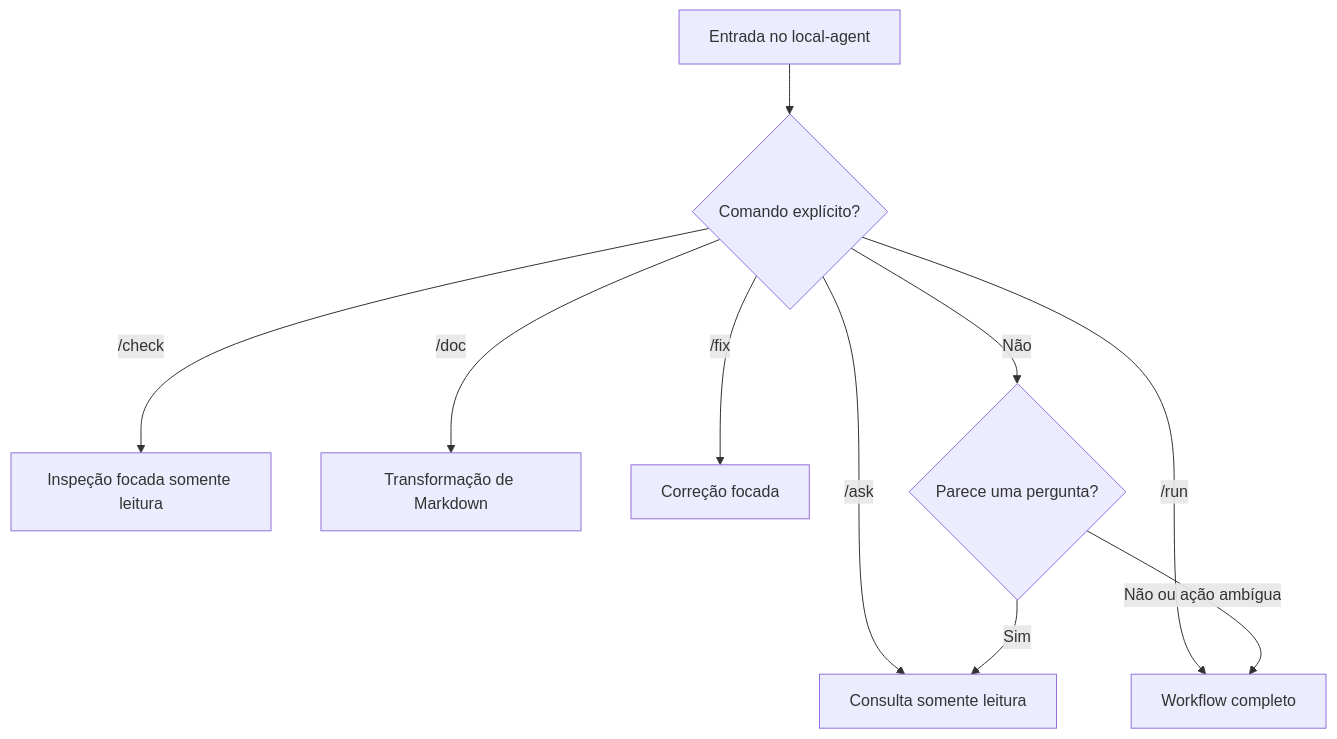
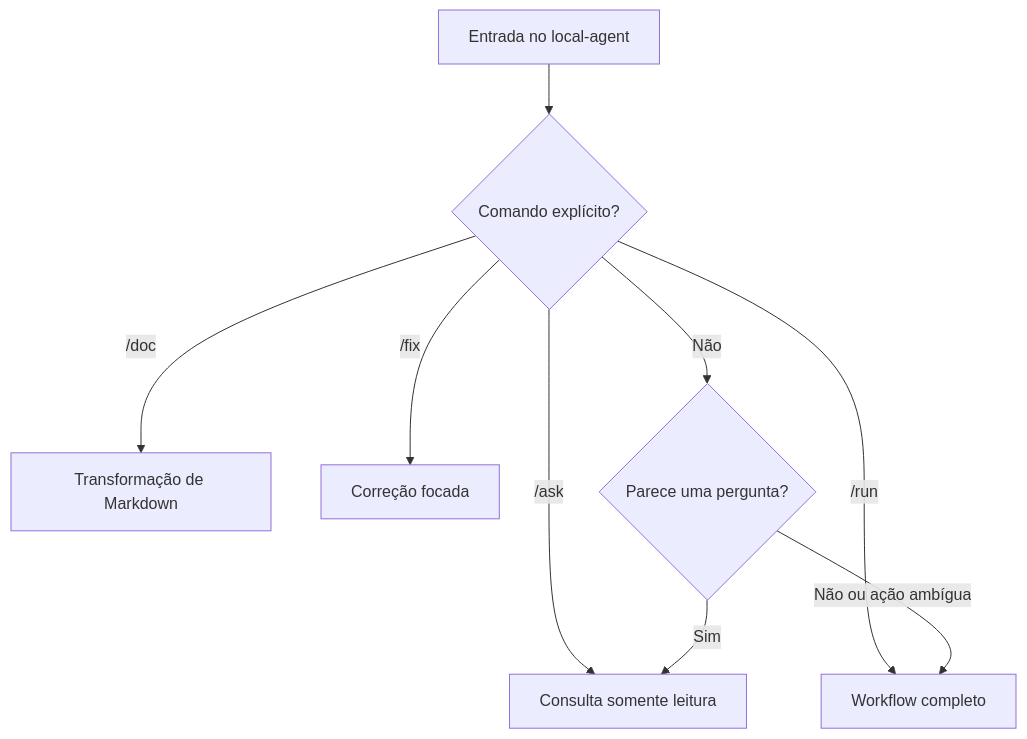
The first of 7 diagrams in docs/workflow-diagrams.md (Igorx8/local-agent), drawn with Mermaid before and after one commit. The commit also changed other lines of this file and 7 other files, not shown here.

````diff
--- a/docs/workflow-diagrams.md
+++ b/docs/workflow-diagrams.md
@@ -8,12 +8,11 @@
 ```mermaid
 flowchart TD
     A[Entrada no local-agent] --> B{Comando explícito?}
     B -->|/ask| ASK[Consulta somente leitura]
-    B -->|/check| CHECK[Inspeção focada somente leitura]
     B -->|/doc| DOC[Transformação de Markdown]
     B -->|/fix| FIX[Correção focada]
     B -->|/run| RUN[Workflow completo]
     B -->|Não| C{Parece uma pergunta?}
     C -->|Sim| ASK
     C -->|Não ou ação ambígua| RUN
 ```
````
